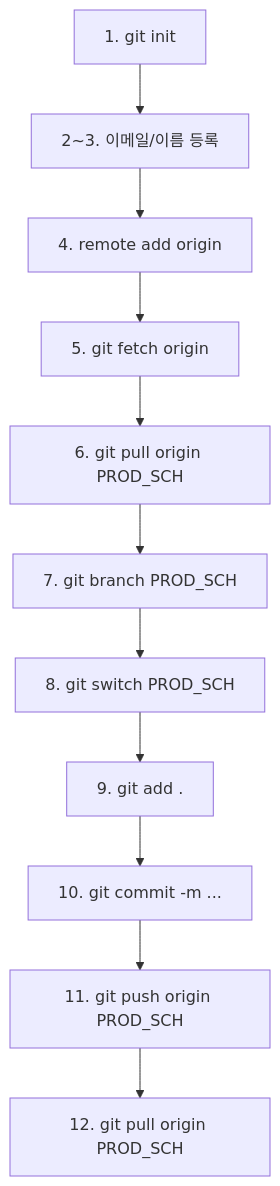
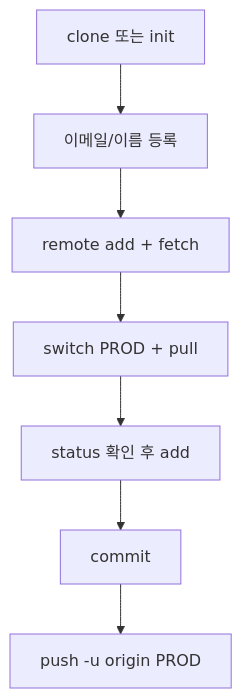
Before and after one commit to jcs19752510-ui/HANESS_AUTO: the diagram in git연동(HANESS_AUTO).MD, drawn with Mermaid. The commit also changed other lines of this file and 17 other files, not shown here.

````diff
--- a/git연동(HANESS_AUTO).MD
+++ b/git연동(HANESS_AUTO).MD
@@ -40,13 +40,9 @@
 ```mermaid
 flowchart TD
-    A["1. git init"] --> B["2~3. 이메일/이름 등록"]
-    B --> C["4. remote add origin"]
-    C --> D["5. git fetch origin"]
-    D --> E["6. git pull origin PROD_SCH"]
-    E --> F["7. git branch PROD_SCH"]
-    F --> G["8. git switch PROD_SCH"]
-    G --> H["9. git add ."]
-    H --> I["10. git commit -m ..."]
-    I --> J["11. git push origin PROD_SCH"]
-    J --> K["12. git pull origin PROD_SCH"]
+    A["clone 또는 init"] --> B["이메일/이름 등록"]
+    B --> C["remote add + fetch"]
+    C --> D["switch PROD + pull"]
+    D --> E["status 확인 후 add"]
+    E --> F["commit"]
+    F --> G["push -u origin PROD"]
 ```
````
